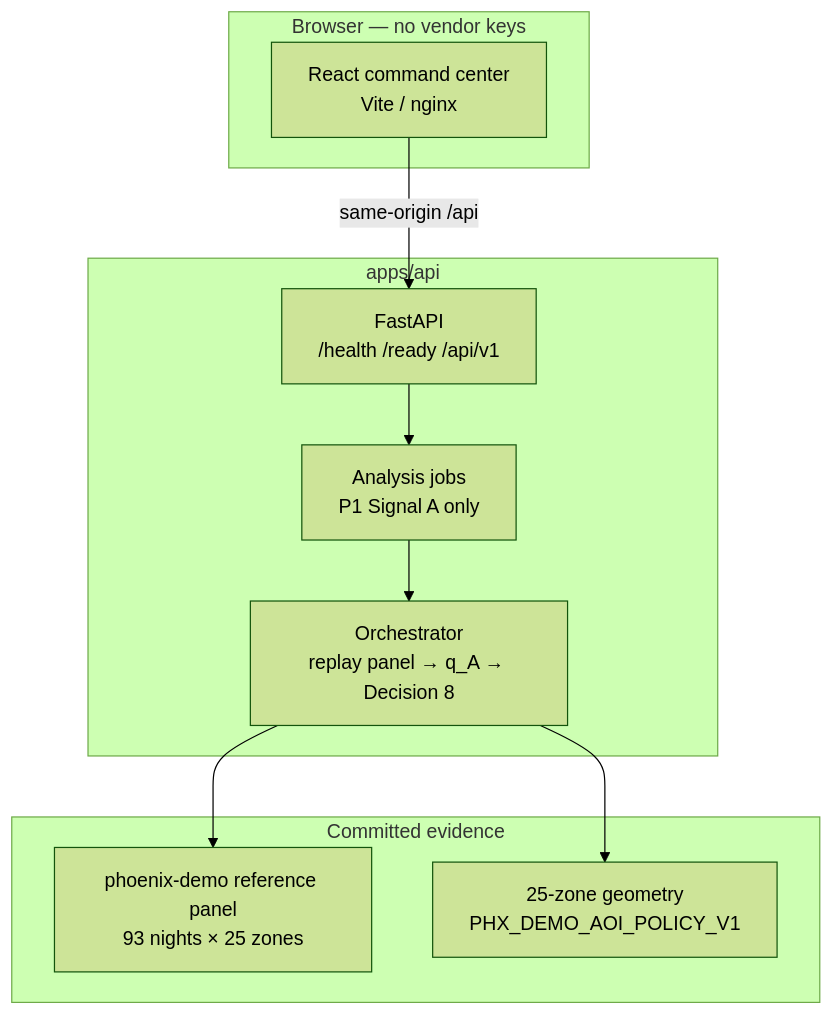
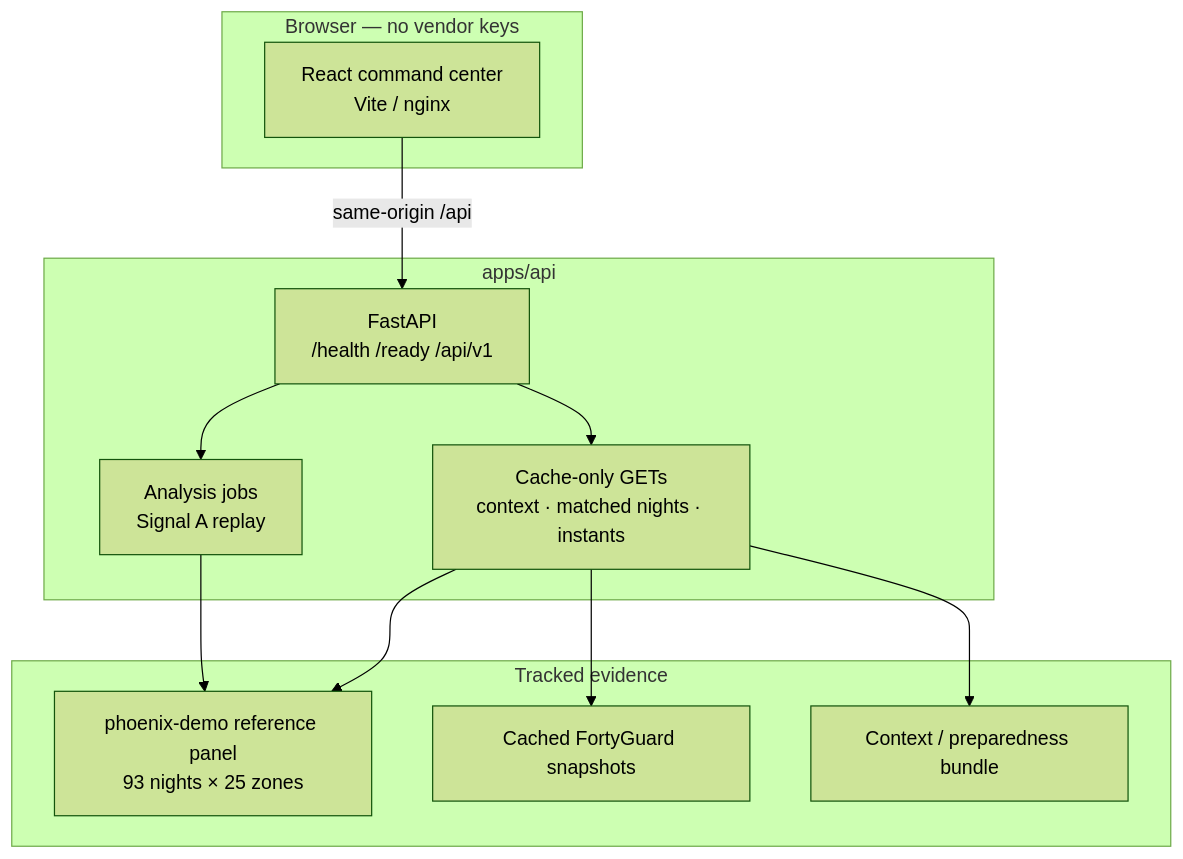
The third of 4 diagrams in README.md (kamilkkakar/hva-signal), drawn with Mermaid (forest theme) before and after one commit. The commit also changed other lines of this file, not shown here.

````diff
--- a/README.md
+++ b/README.md
@@ -202,19 +168,23 @@
 ```mermaid
 flowchart TB
   subgraph client ["Browser — no vendor keys"]
     UI["React command center<br/>Vite / nginx"]
   end
   subgraph api ["apps/api"]
     HTTP["FastAPI<br/>/health /ready /api/v1"]
-    JOBS["Analysis jobs<br/>P1 Signal A only"]
-    ORCH["Orchestrator<br/>replay panel → q_A → Decision 8"]
-    HTTP --> JOBS --> ORCH
+    JOBS["Analysis jobs<br/>Signal A replay"]
+    DEMO["Cache-only GETs<br/>context · matched nights · instants"]
+    HTTP --> JOBS
+    HTTP --> DEMO
   end
-  subgraph data ["Committed evidence"]
+  subgraph data ["Tracked evidence"]
     REF["phoenix-demo reference panel<br/>93 nights × 25 zones"]
-    GEO["25-zone geometry<br/>PHX_DEMO_AOI_POLICY_V1"]
+    SNAP["Cached FortyGuard snapshots"]
+    CTX["Context / preparedness bundle"]
   end
   UI -->|"same-origin /api"| HTTP
-  ORCH --> REF
-  ORCH --> GEO
+  JOBS --> REF
+  DEMO --> REF
+  DEMO --> SNAP
+  DEMO --> CTX
 ```
````
